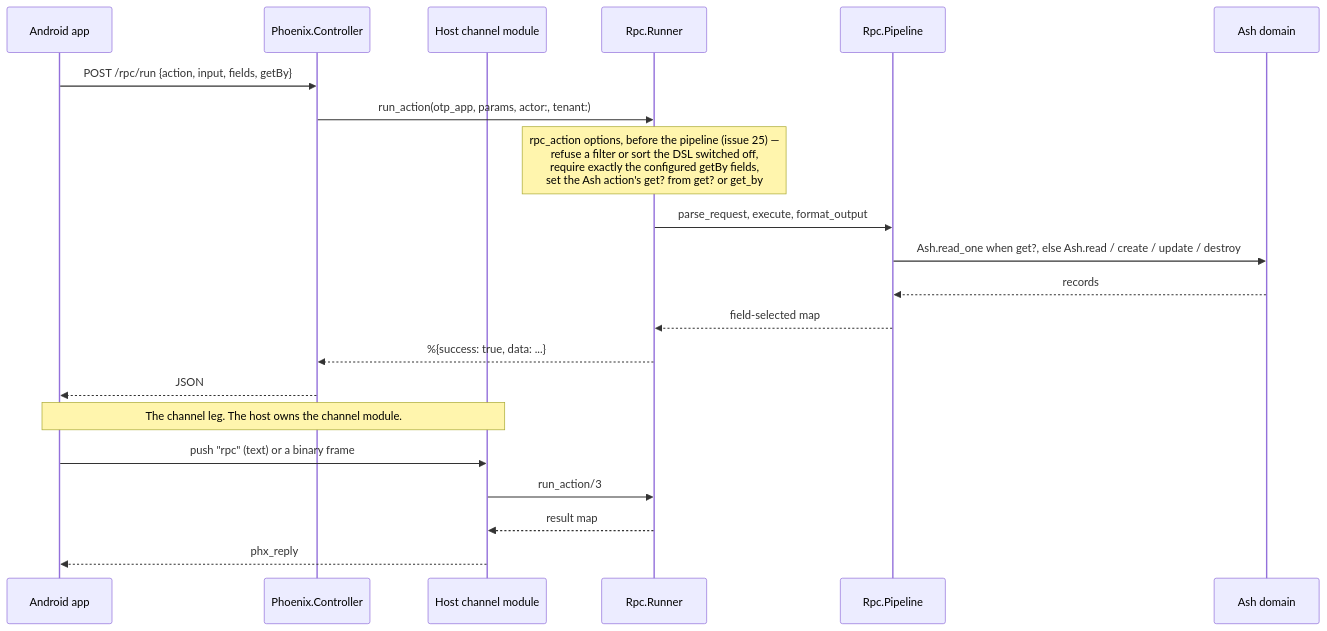
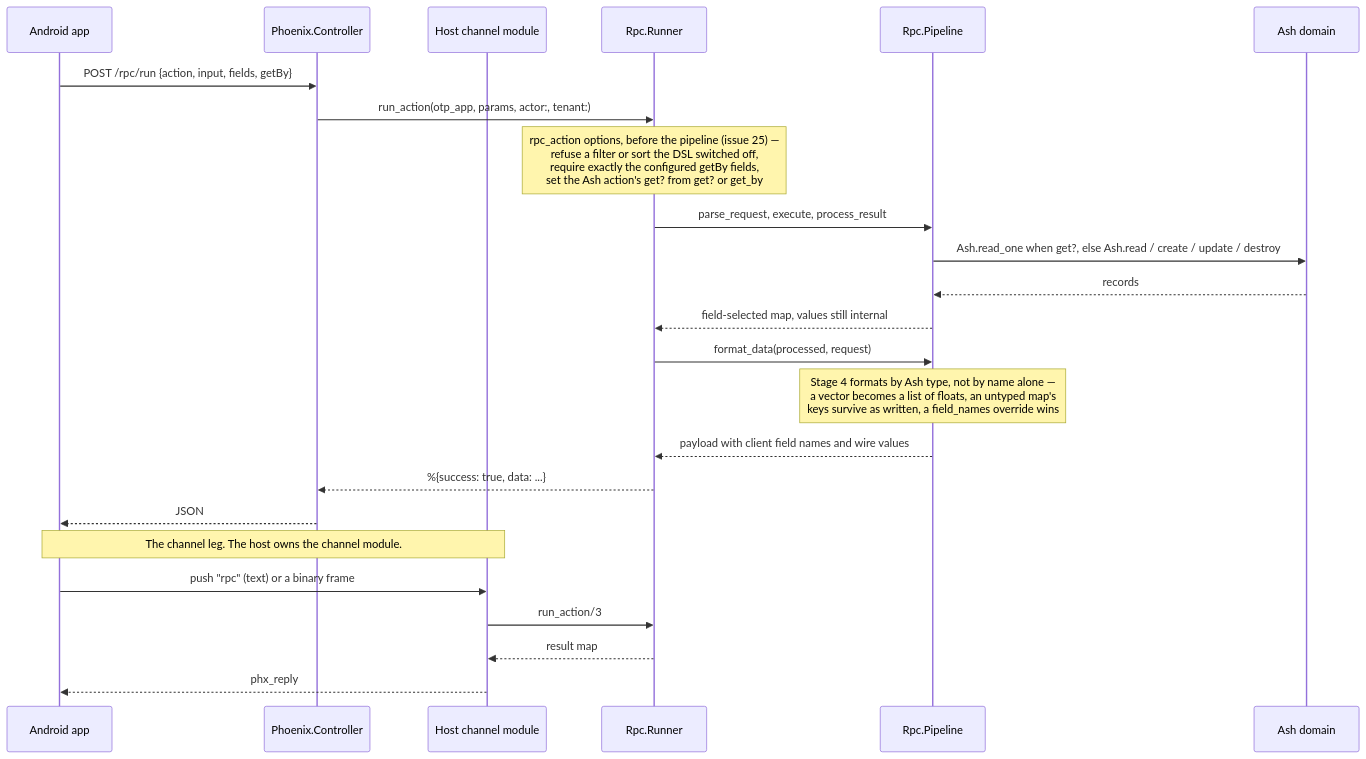
One commit to udin-io/ash_kotlin_multiplatform changed the fourth of 4 diagrams in docs/architecture.md. Above: the diagram before and after it, drawn with Mermaid. The commit also changed 16 other files, not shown here.

First line of the commit message:
Format output values by Ash type, so a vector response encodes (#71) (#74)

````diff
--- a/docs/architecture.md
+++ b/docs/architecture.md
@@ -161,25 +161,28 @@
 ```mermaid
 sequenceDiagram
     participant App as Android app
     participant Ctl as Phoenix.Controller
     participant Ch as Host channel module
     participant Run as Rpc.Runner
     participant Pipe as Rpc.Pipeline
     participant Ash as Ash domain
 
     App->>Ctl: POST /rpc/run {action, input, fields, getBy}
     Ctl->>Run: run_action(otp_app, params, actor:, tenant:)
     Note over Run: rpc_action options, before the pipeline (issue 25) —<br/>refuse a filter or sort the DSL switched off,<br/>require exactly the configured getBy fields,<br/>set the Ash action's get? from get? or get_by
-    Run->>Pipe: parse_request, execute, format_output
+    Run->>Pipe: parse_request, execute, process_result
     Pipe->>Ash: Ash.read_one when get?, else Ash.read / create / update / destroy
     Ash-->>Pipe: records
-    Pipe-->>Run: field-selected map
+    Pipe-->>Run: field-selected map, values still internal
+    Run->>Pipe: format_data(processed, request)
+    Note over Pipe: Stage 4 formats by Ash type, not by name alone —<br/>a vector becomes a list of floats, an untyped map's<br/>keys survive as written, a field_names override wins
+    Pipe-->>Run: payload with client field names and wire values
     Run-->>Ctl: %{success: true, data: ...}
     Ctl-->>App: JSON
 
     Note over App,Ch: The channel leg. The host owns the channel module.
     App->>Ch: push "rpc" (text) or a binary frame
     Ch->>Run: run_action/3
     Run-->>Ch: result map
     Ch-->>App: phx_reply
 ```
````
